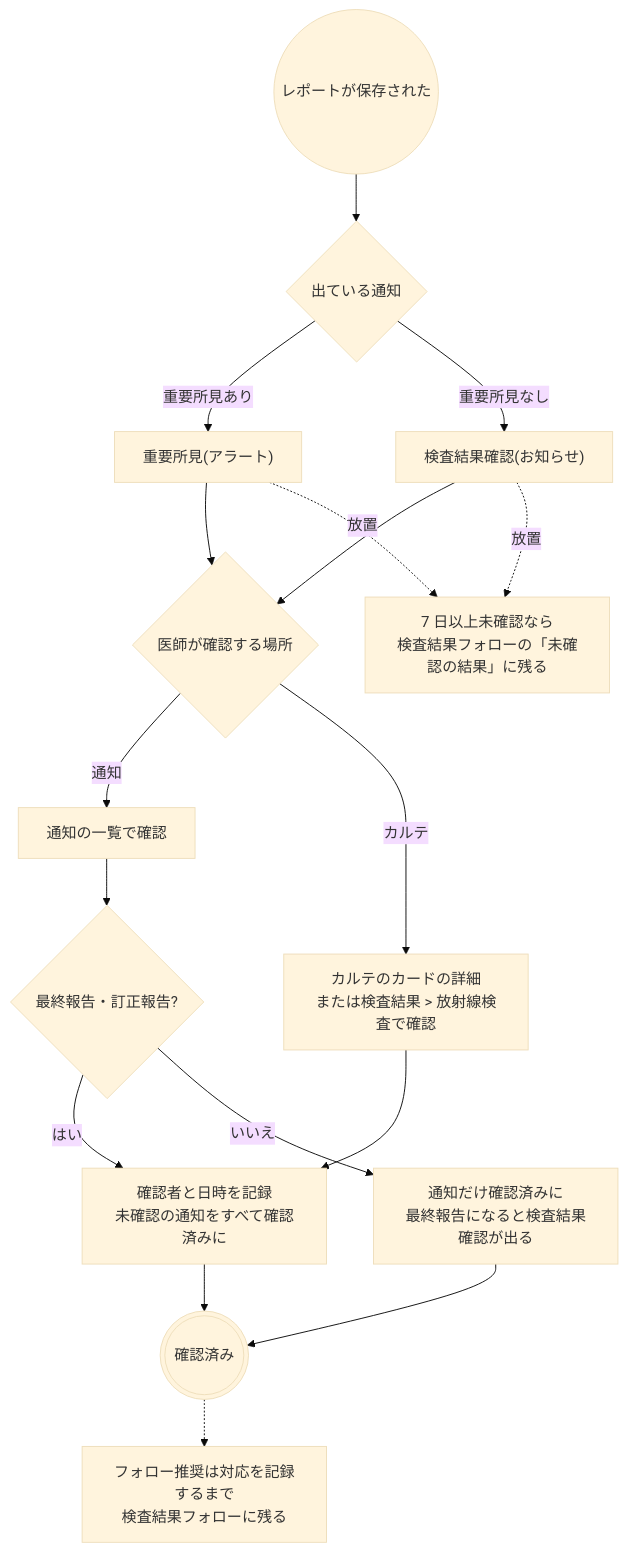
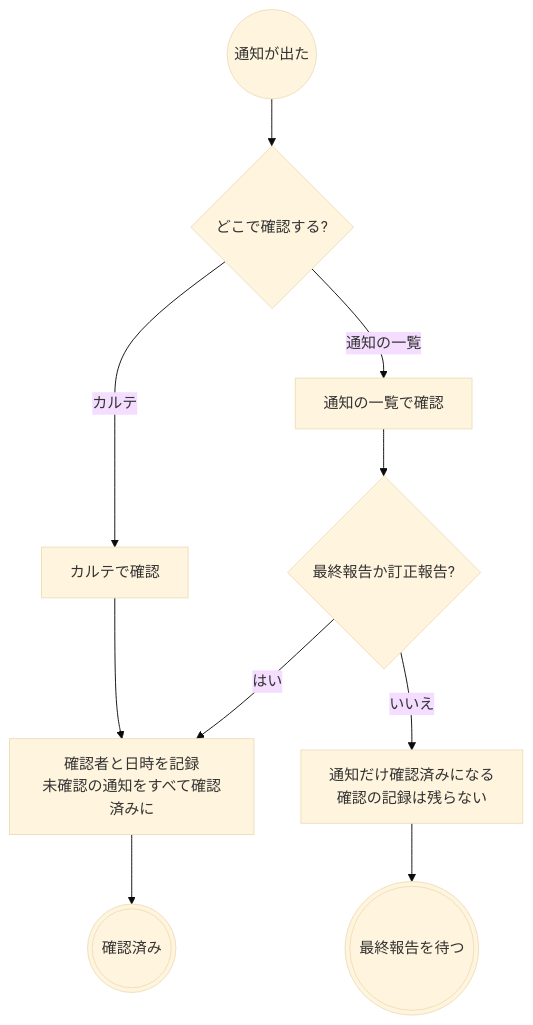
Before and after one commit to ysnr-dev/fhir-client-docs: the sixth of 6 diagrams in docs/flows/rad.md, drawn with Mermaid (base theme). The commit also changed other lines of this file and 43 other files, not shown here.

Commit message:
docs: 業務フローとシーケンス図を写し直し

````diff
--- a/docs/flows/rad.md
+++ b/docs/flows/rad.md
@@ -258,28 +306,18 @@
 ```mermaid
 flowchart TD
-  saved(("レポートが保存された"))
-  which{"出ている通知"}
-  criticalNotice["重要所見(アラート)"]
-  reviewNotice["検査結果確認(お知らせ)"]
-  where{"医師が確認する場所"}
+  saved(("通知が出た"))
+  where{"どこで確認する?"}
   fromList["通知の一覧で確認"]
-  fromKarte["カルテのカードの詳細<br/>または検査結果 > 放射線検査で確認"]
-  finalReport{"最終報告・訂正報告?"}
+  fromKarte["カルテで確認"]
+  finalReport{"最終報告か訂正報告?"}
   recorded["確認者と日時を記録<br/>未確認の通知をすべて確認済みに"]
-  onlyNotice["通知だけ確認済みに<br/>最終報告になると検査結果確認が出る"]
-  stale["7 日以上未確認なら<br/>検査結果フォローの「未確認の結果」に残る"]
-  followUp["フォロー推奨は対応を記録するまで<br/>検査結果フォローに残る"]
+  onlyNotice["通知だけ確認済みになる<br/>確認の記録は残らない"]
   done((("確認済み")))
+  waiting((("最終報告を待つ")))
 
-  saved --> which
-  which -- "重要所見あり" --> criticalNotice --> where
-  which -- "重要所見なし" --> reviewNotice --> where
-  where -- "通知" --> fromList --> finalReport
+  saved --> where
+  where -- "通知の一覧" --> fromList --> finalReport
   where -- "カルテ" --> fromKarte --> recorded
-  finalReport -- "はい" --> recorded
-  finalReport -- "いいえ" --> onlyNotice --> done
-  recorded --> done
-  done -.-> followUp
-  reviewNotice -. "放置" .-> stale
-  criticalNotice -. "放置" .-> stale
+  finalReport -- "はい" --> recorded --> done
+  finalReport -- "いいえ" --> onlyNotice --> waiting
 ```
````
